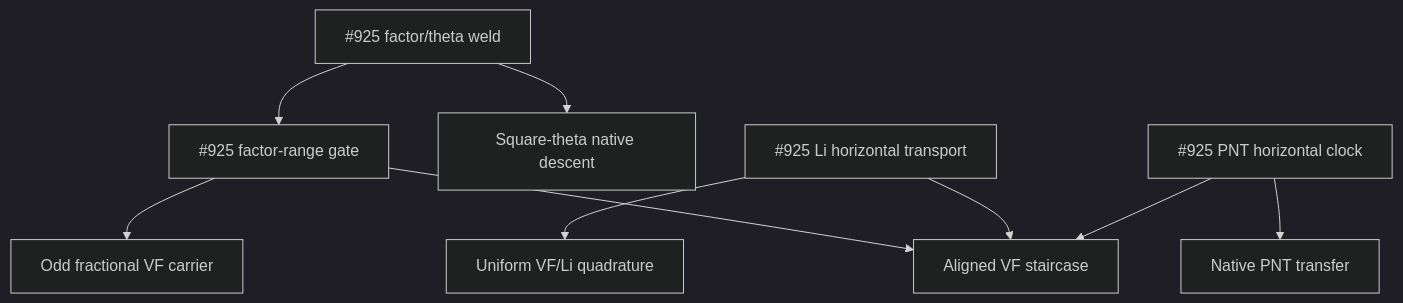
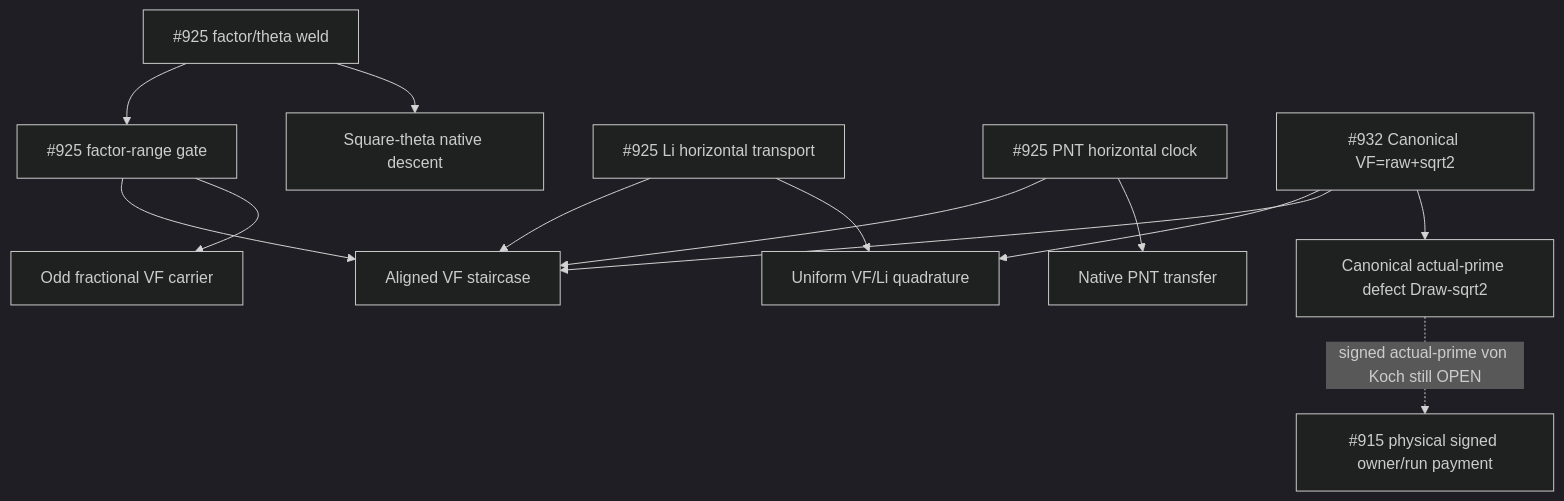
Before and after one commit to OVVO-Financial/RH_Lean: the diagram in docs/RESEARCH_FRONTIER_DAG.md, drawn with Mermaid (dark theme). The commit also changed other lines of this file, not shown here.

Commit message:
docs DAG: show new canonical sqrt2 VF, old Li/square mass imports and distinct open signed first-bad payment

````diff
--- a/docs/RESEARCH_FRONTIER_DAG.md
+++ b/docs/RESEARCH_FRONTIER_DAG.md
@@ -30,11 +31,15 @@
 ```mermaid
 flowchart TD
   Theta["#925 factor/theta weld"] --> Factor["#925 factor-range gate"]
   Theta --> Descent["Square-theta native descent"]
   Factor --> Aligned["Aligned VF staircase"]
   Factor --> Odd["Odd fractional VF carrier"]
   Li["#925 Li horizontal transport"] --> Aligned
   Li --> Quad["Uniform VF/Li quadrature"]
   PNT["#925 PNT horizontal clock"] --> Aligned
   PNT --> Native["Native PNT transfer"]
+  Canon932["#932 Canonical VF=raw+sqrt2"] --> Quad
+  Canon932 --> Aligned
+  Canon932 --> Defect["Canonical actual-prime defect Draw-sqrt2"]
+  Defect -. signed actual-prime von Koch still OPEN .-> Run["#915 physical signed owner/run payment"]
 ```
````
